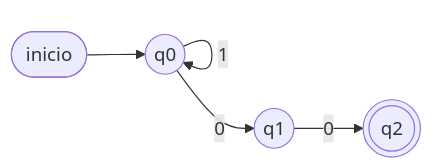
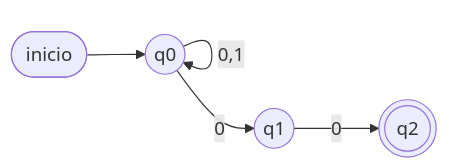
Before and after one commit to yhwachoo/Grafos: the second of 5 diagrams in control/pauta-control.md, drawn with Mermaid. The commit also changed other lines of this file and 6 other files, not shown here.

First line of the commit message:
Corrige diagramas con lazos superpuestos (etiquetas que no se veían)

````diff
--- a/control/pauta-control.md
+++ b/control/pauta-control.md
@@ -62,11 +62,10 @@
 ```mermaid
 graph LR
     ini([inicio]) --> q0
     q0((q0))
     q1((q1))
     q2(((q2)))
-    q0 -->|0| q0
+    q0 -->|"0,1"| q0
     q0 -->|0| q1
-    q0 -->|1| q0
     q1 -->|0| q2
 ```
````
